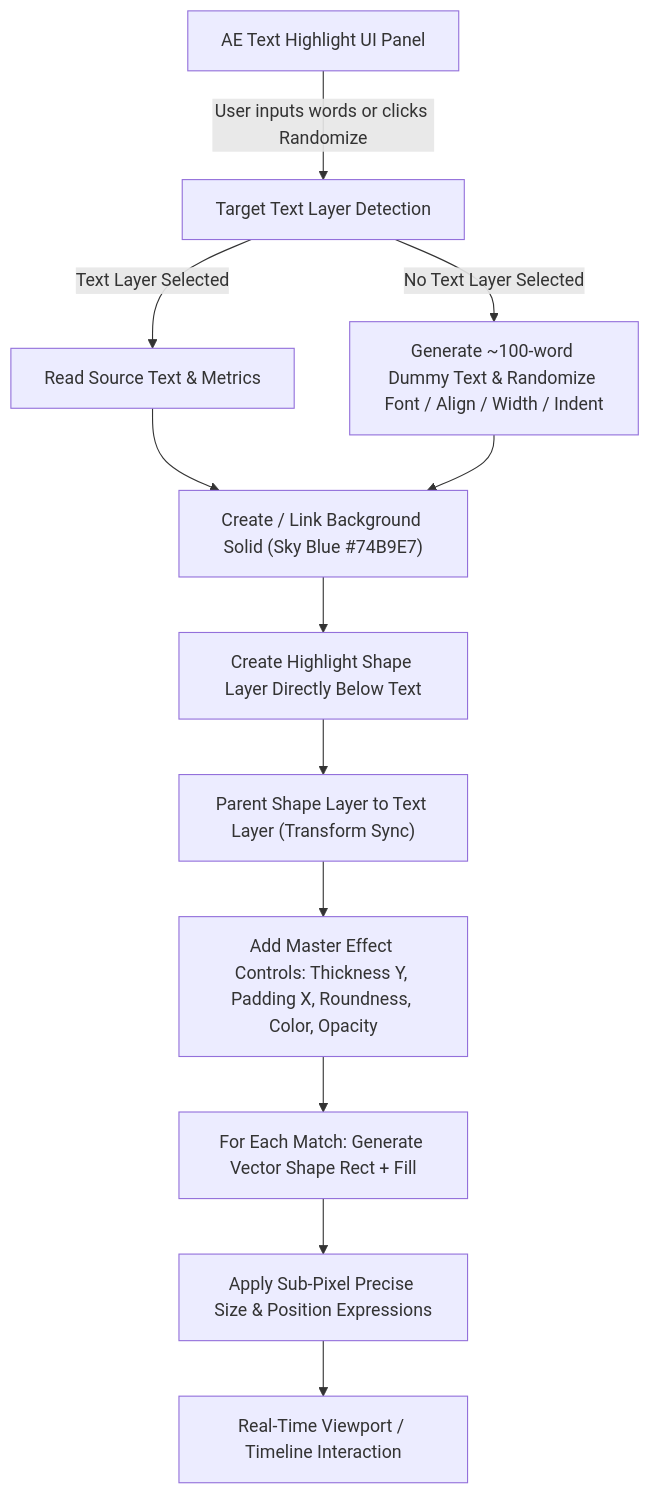
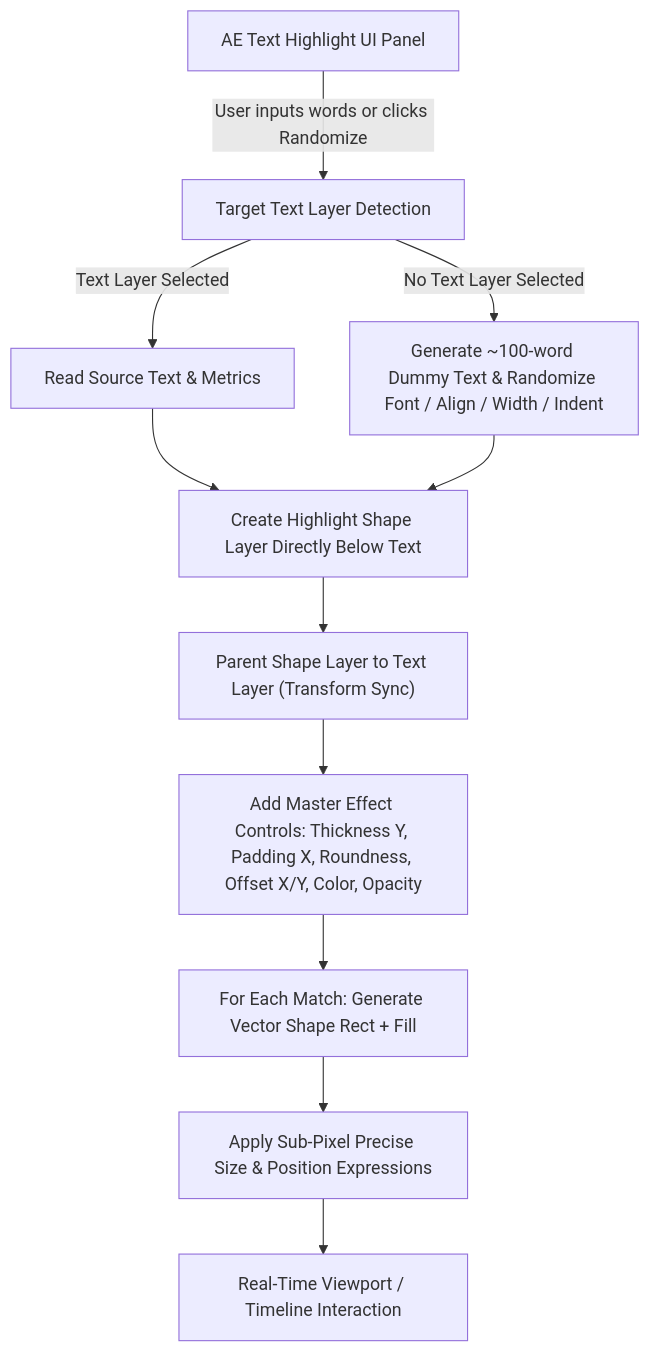
Before and after one commit to work2survive/AE-Text-Highlight: the diagram in README.md, drawn with Mermaid. The commit also changed other lines of this file and 1 other file, not shown here.

Commit message:
Fix currentOffsetX runtime bug & remove all background options (v1.2.1)

````diff
--- a/README.md
+++ b/README.md
@@ -85,18 +69,16 @@
 ```mermaid
 flowchart TD
     A["AE Text Highlight UI Panel"] -->|User inputs words or clicks Randomize| B["Target Text Layer Detection"]
     B -->|Text Layer Selected| C["Read Source Text & Metrics"]
     B -->|No Text Layer Selected| D["Generate ~100-word Dummy Text & Randomize Font / Align / Width / Indent"]
     
-    C --> E["Create / Link Background Solid (Sky Blue #74B9E7)"]
+    C --> E["Create Highlight Shape Layer Directly Below Text"]
     D --> E
     
-    E --> F["Create Highlight Shape Layer Directly Below Text"]
-    F --> G["Parent Shape Layer to Text Layer (Transform Sync)"]
+    E --> F["Parent Shape Layer to Text Layer (Transform Sync)"]
+    F --> G["Add Master Effect Controls: Thickness Y, Padding X, Roundness, Offset X/Y, Color, Opacity"]
+    G --> H["For Each Match: Generate Vector Shape Rect + Fill"]
     
-    G --> H["Add Master Effect Controls: Thickness Y, Padding X, Roundness, Color, Opacity"]
-    H --> I["For Each Match: Generate Vector Shape Rect + Fill"]
-    
-    I --> J["Apply Sub-Pixel Precise Size & Position Expressions"]
-    J --> K["Real-Time Viewport / Timeline Interaction"]
+    H --> I["Apply Sub-Pixel Precise Size & Position Expressions"]
+    I --> J["Real-Time Viewport / Timeline Interaction"]
 ```
````
